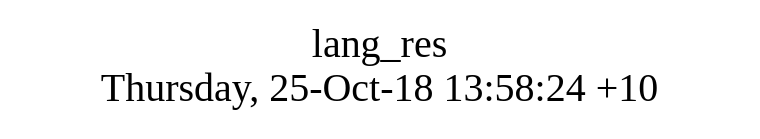
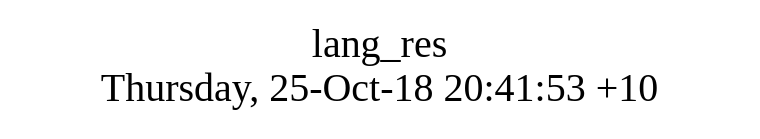
The diagram in src/lang_res/struct.dot (AplaProject/apps), drawn with Graphviz before and after one commit. The commit also changed 37 other files, not shown here.

```diff
--- a/src/lang_res/struct.dot
+++ b/src/lang_res/struct.dot
@@ -1,8 +1,8 @@
 digraph G {
 fontsize="24";
-label="lang_res\nThursday, 25-Oct-18 13:58:24 +10";
+label="lang_res\nThursday, 25-Oct-18 20:41:53 +10";
 nojustify=true;
 ordering=out;
 rankdir=LR;
 size="30";
 }
```
